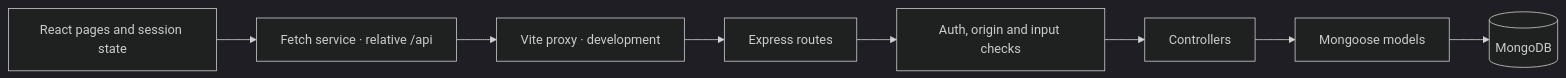
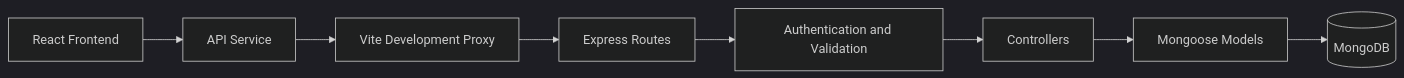
The diagram in README.md (sarthakdubey1708/lead-management-system), drawn with Mermaid (dark theme) before and after one commit. The commit also changed other lines of this file, not shown here.

````diff
--- a/README.md
+++ b/README.md
@@ -167,10 +108,10 @@
 ```mermaid
 flowchart LR
-    UI[React pages and session state] --> API[Fetch service · relative /api]
-    API --> PROXY[Vite proxy · development]
-    PROXY --> ROUTES[Express routes]
-    ROUTES --> MIDDLEWARE[Auth, origin and input checks]
-    MIDDLEWARE --> CONTROLLERS[Controllers]
-    CONTROLLERS --> MODELS[Mongoose models]
-    MODELS --> DB[(MongoDB)]
+    A[React Frontend] --> B[API Service]
+    B --> C[Vite Development Proxy]
+    C --> D[Express Routes]
+    D --> E[Authentication and Validation]
+    E --> F[Controllers]
+    F --> G[Mongoose Models]
+    G --> H[(MongoDB)]
 ```
````
